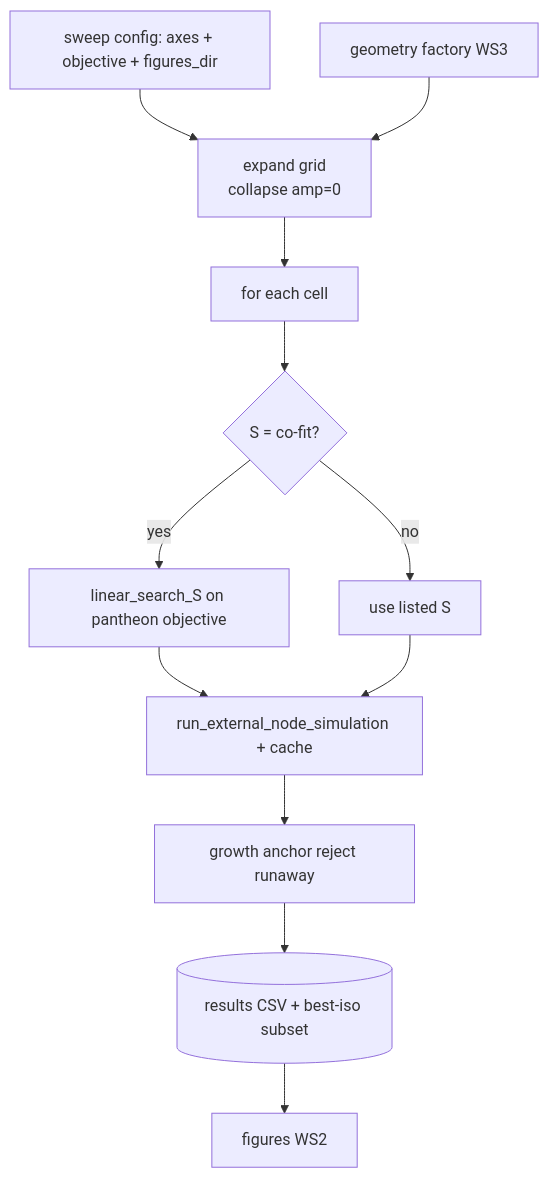
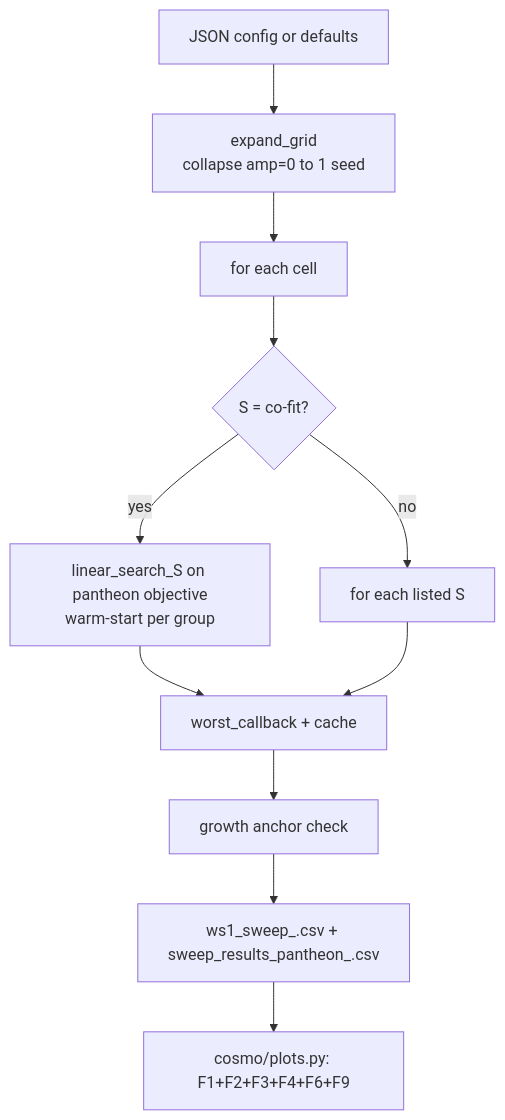
One commit to MartinGamsby/ProgenitorNodeModelCosmology changed the diagram in lode/plans/overarching-sweep.md. Above: the diagram before and after it, drawn with Mermaid. The commit also changed other lines of this file and 4 other files, not shown here.

````diff
--- a/lode/plans/overarching-sweep.md
+++ b/lode/plans/overarching-sweep.md
@@ -80,14 +14,13 @@
 ```mermaid
 graph TD
-    CFG[sweep config: axes + objective + figures_dir] --> EXP[expand grid<br/>collapse amp=0]
-    GEO[geometry factory WS3] --> EXP
+    CFG[JSON config or defaults] --> EXP[expand_grid<br/>collapse amp=0 to 1 seed]
     EXP --> LOOP[for each cell]
     LOOP --> COFIT{S = co-fit?}
-    COFIT -->|yes| LIN[linear_search_S on pantheon objective]
-    COFIT -->|no| FIXED[use listed S]
-    LIN --> SIM[run_external_node_simulation + cache]
-    FIXED --> SIM
-    SIM --> ANCHOR[growth anchor reject runaway]
-    ANCHOR --> CSV[(results CSV + best-iso subset)]
-    CSV --> FIG[figures WS2]
+    COFIT -->|yes| LIN[linear_search_S on pantheon objective<br/>warm-start per group]
+    COFIT -->|no| FIXED[for each listed S]
+    LIN --> WORST[worst_callback + cache]
+    FIXED --> WORST
+    WORST --> ANCHOR[growth anchor check]
+    ANCHOR --> CSV[ws1_sweep_<tag>.csv + sweep_results_pantheon_<tag>.csv]
+    CSV --> FIG[cosmo/plots.py: F1+F2+F3+F4+F6+F9]
 ```
````
